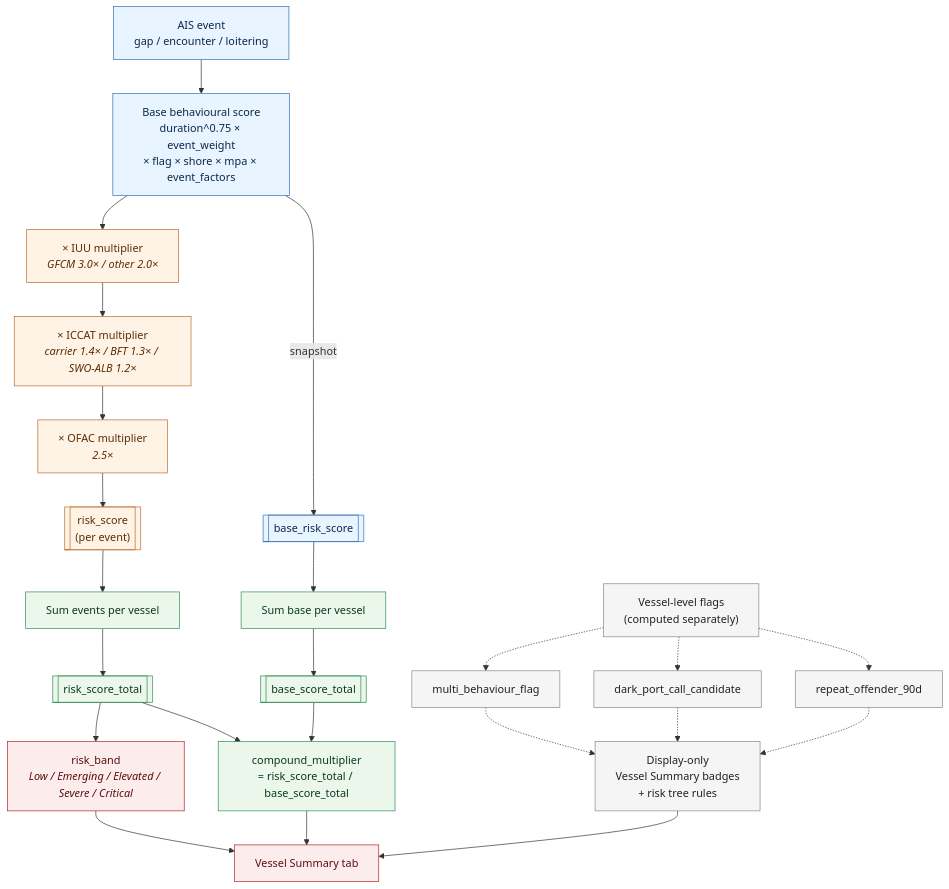
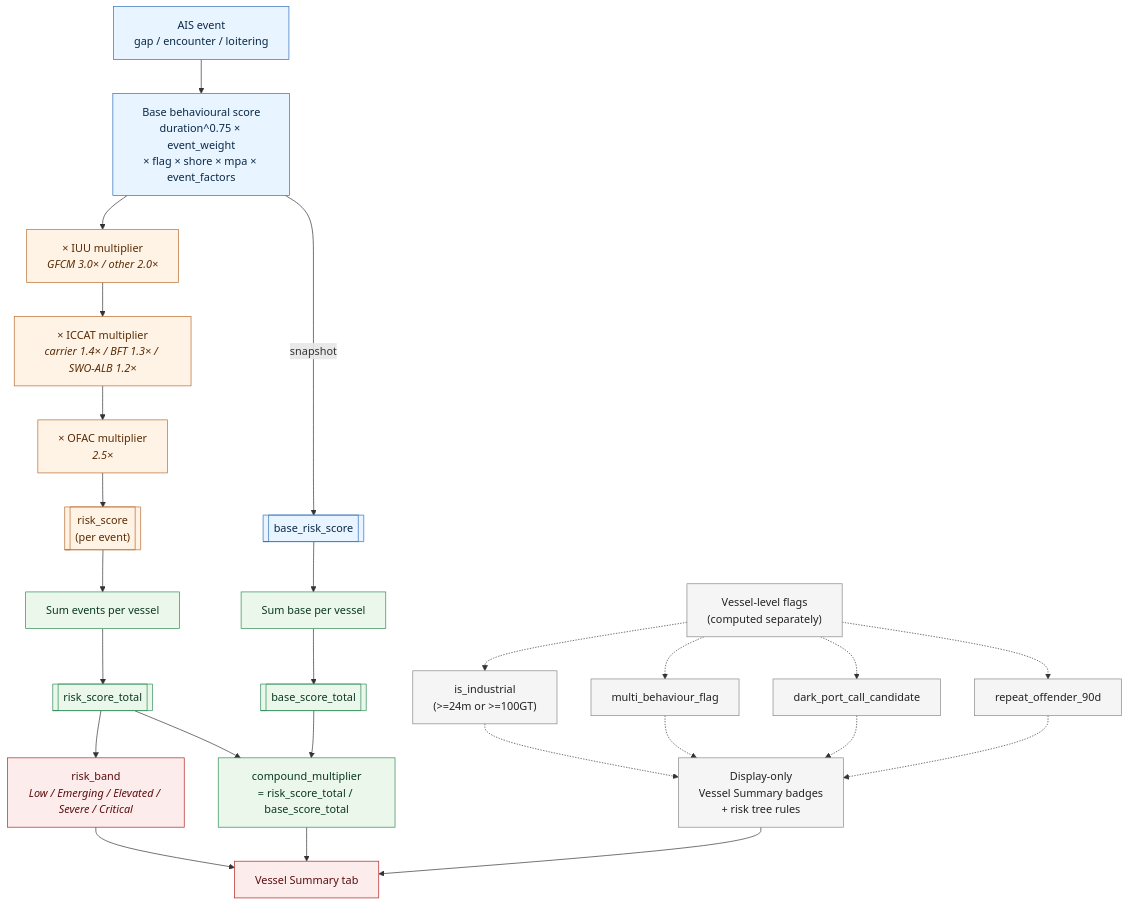
One commit to emantzoo/med-vessel-behaviour-monitor changed the first of 2 diagrams in handout.md. Above: the diagram before and after it, drawn with Mermaid. The commit also changed other lines of this file and 10 other files, not shown here.

First line of the commit message:
Add industrial vessel profile as fourth Kpler-aligned flag

````diff
--- a/handout.md
+++ b/handout.md
@@ -24,39 +24,41 @@
 ```mermaid
 flowchart TD
     A["AIS event<br/>gap / encounter / loitering"] --> B["Base behavioural score<br/>duration^0.75 × event_weight<br/>× flag × shore × mpa × event_factors"]
     B -->|snapshot| C[["base_risk_score"]]
     B --> D["× IUU multiplier<br/><i>GFCM 3.0× / other 2.0×</i>"]
     D --> E["× ICCAT multiplier<br/><i>carrier 1.4× / BFT 1.3× / SWO-ALB 1.2×</i>"]
     E --> F["× OFAC multiplier<br/><i>2.5×</i>"]
     F --> G[["risk_score<br/>(per event)"]]
 
     G --> H[Sum events per vessel]
     C --> I[Sum base per vessel]
     H --> J[[risk_score_total]]
     I --> K[[base_score_total]]
     J --> L["compound_multiplier<br/>= risk_score_total / base_score_total"]
     K --> L
     J --> M["risk_band<br/><i>Low / Emerging / Elevated / Severe / Critical</i>"]
 
-    N["Vessel-level flags<br/>(computed separately)"] -.-> O[multi_behaviour_flag]
+    N["Vessel-level flags<br/>(computed separately)"] -.-> N1["is_industrial<br/>(>=24m or >=100GT)"]
+    N -.-> O[multi_behaviour_flag]
     N -.-> P[dark_port_call_candidate]
     N -.-> Q[repeat_offender_90d]
-    O -.-> R["Display-only<br/>Vessel Summary badges<br/>+ risk tree rules"]
+    N1 -.-> R["Display-only<br/>Vessel Summary badges<br/>+ risk tree rules"]
+    O -.-> R
     P -.-> R
     Q -.-> R
 
     M --> S[Vessel Summary tab]
     L --> S
     R --> S
 
     classDef behav fill:#e8f4ff,stroke:#2e6fb8,color:#0b2947
     classDef compliance fill:#fff3e6,stroke:#b86a2e,color:#5a2c05
     classDef agg fill:#eaf7ea,stroke:#2e8b57,color:#0b3920
     classDef band fill:#fdecec,stroke:#b22222,color:#5a0e0e
     classDef flag fill:#f5f5f5,stroke:#888,color:#222
     class A,B,C behav
     class D,E,F,G compliance
     class H,I,J,K,L agg
     class M,S band
-    class N,O,P,Q,R flag
+    class N,N1,O,P,Q,R flag
 ```
````
